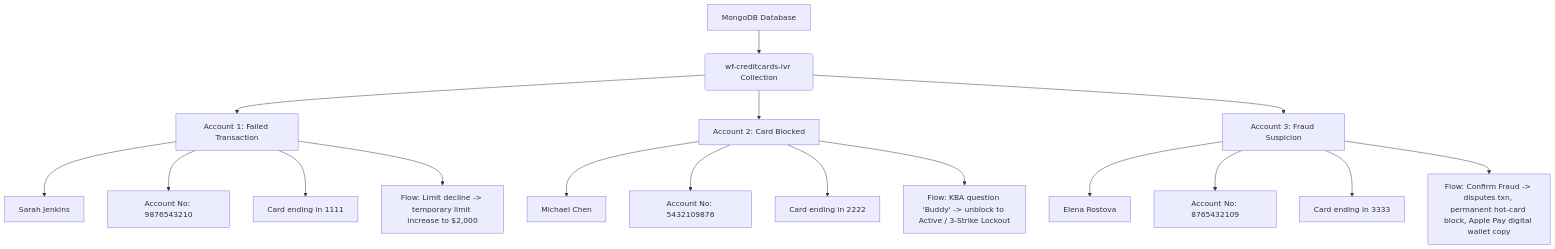
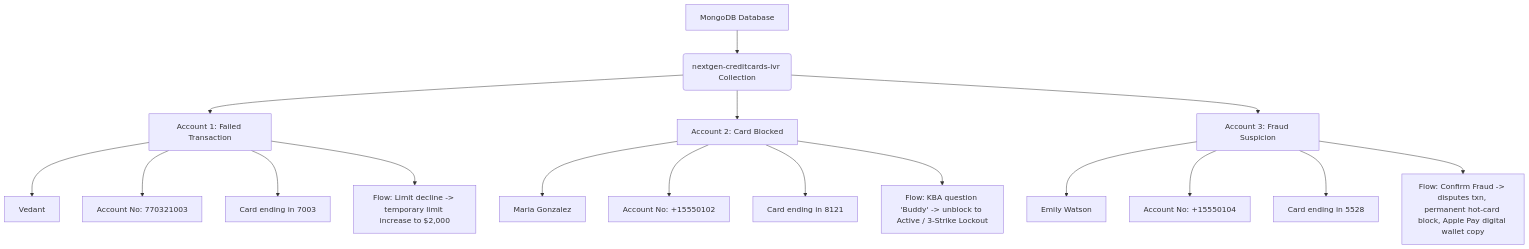
Before and after one commit to ankitbhatnagartech/aiva-creditcard-mcp: the diagram in README.md, drawn with Mermaid. The commit also changed other lines of this file and 5 other files, not shown here.

Commit message:
Rebrand customer profiles to live wf-ivr schema, deep name alignments, and complete purge of Flow 5

````diff
--- a/README.md
+++ b/README.md
@@ -45,22 +45,24 @@
 ```mermaid
 graph TD
-    A[MongoDB Database] --> B(wf-creditcards-ivr Collection)
+    A[MongoDB Database] --> B(nextgen-creditcards-ivr Collection)
     
     B --> C[Account 1: Failed Transaction]
-    C --> C1[Sarah Jenkins]
-    C --> C2[Account No: 9876543210]
-    C --> C3[Card ending in 1111]
+    C --> C1[Vedant]
+    C --> C2[Account No: 770321003]
+    C --> C3[Card ending in 7003]
     C --> C4[Flow: Limit decline -> temporary limit increase to $2,000]
     
     B --> D[Account 2: Card Blocked]
-    D --> D1[Michael Chen]
-    D --> D2[Account No: 5432109876]
-    D --> D3[Card ending in 2222]
+    D --> D1[Maria Gonzalez]
+    D --> D2[Account No: +15550102]
+    D --> D3[Card ending in 8121]
     D --> D4[Flow: KBA question 'Buddy' -> unblock to Active / 3-Strike Lockout]
     
     B --> E[Account 3: Fraud Suspicion]
-    E --> E1[Elena Rostova]
-    E --> E2[Account No: 8765432109]
-    E --> E3[Card ending in 3333]
+    E --> E1[Emily Watson]
+    E --> E2[Account No: +15550104]
+    E --> E3[Card ending in 5528]
     E --> E4[Flow: Confirm Fraud -> disputes txn, permanent hot-card block, Apple Pay digital wallet copy]
+
+
 ```
````
